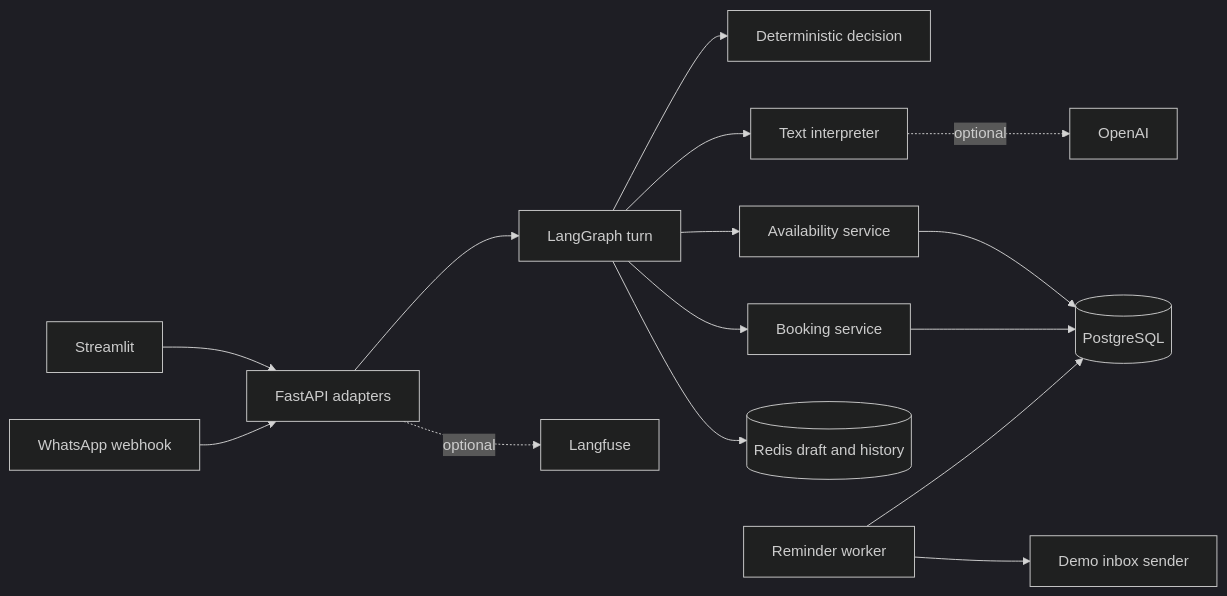
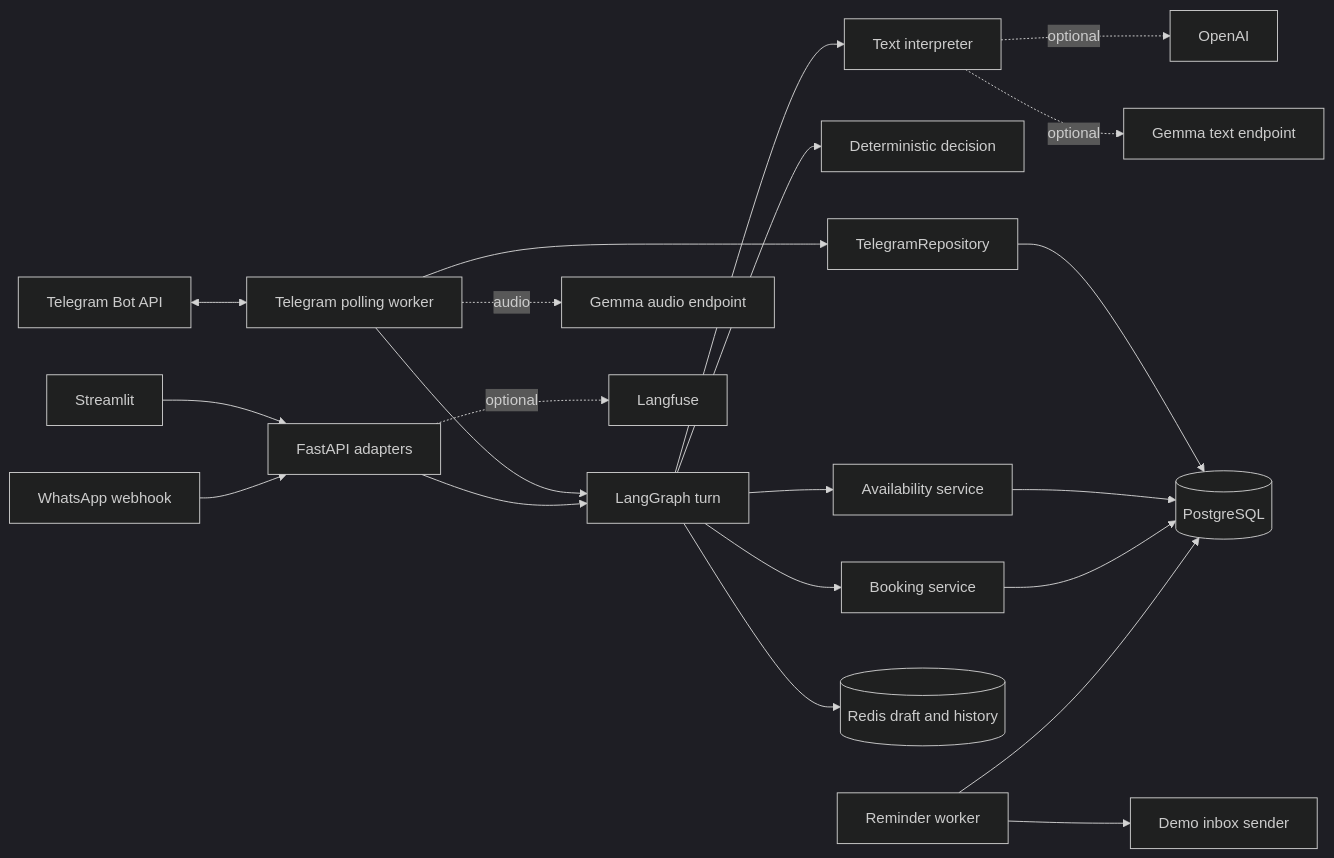
Before and after one commit to ktakanopy/capy-appointment-bot: the first of 5 diagrams in docs/architecture.md, drawn with Mermaid (dark theme). The commit also changed other lines of this file and 24 other files, not shown here.

Commit message:
feat: add Telegram text and voice support

````diff
--- a/docs/architecture.md
+++ b/docs/architecture.md
@@ -7,17 +7,23 @@
 ```mermaid
 flowchart LR
   Browser[Streamlit] --> API[FastAPI adapters]
   WhatsApp[WhatsApp webhook] --> API
+  Telegram[Telegram Bot API] <--> TelegramWorker[Telegram polling worker]
+  TelegramWorker --> TelegramLedger[TelegramRepository]
+  TelegramLedger --> DB[(PostgreSQL)]
+  TelegramWorker --> Graph[LangGraph turn]
+  TelegramWorker -. audio .-> GemmaAudio[Gemma audio endpoint]
   API --> Graph[LangGraph turn]
   Graph --> Decision[Deterministic decision]
   Graph --> Interpreter[Text interpreter]
   Graph --> Availability[Availability service]
   Graph --> Booking[Booking service]
   Availability --> DB[(PostgreSQL)]
   Booking --> DB
   Graph --> Redis[(Redis draft and history)]
   Worker[Reminder worker] --> DB
   Worker --> Inbox[Demo inbox sender]
   Interpreter -. optional .-> LLM[OpenAI]
+  Interpreter -. optional .-> GemmaText[Gemma text endpoint]
   API -. optional .-> Trace[Langfuse]
 ```
````
